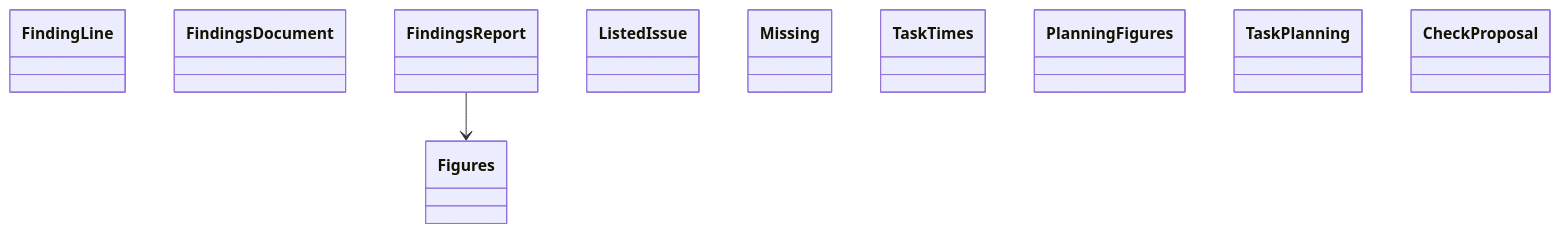
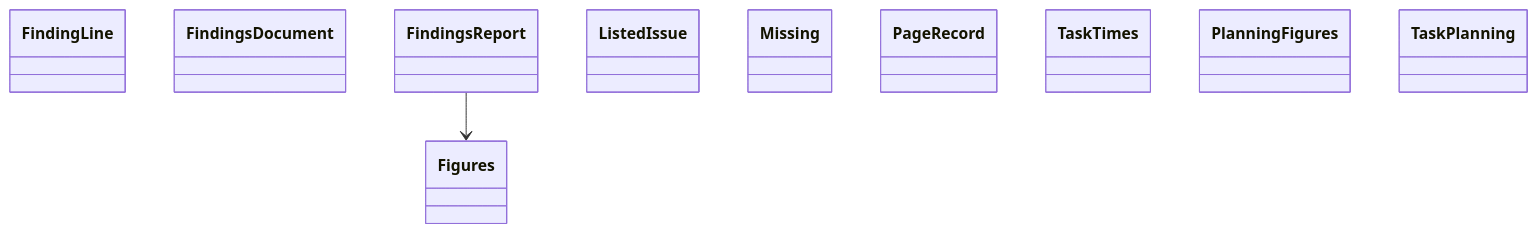
One commit to GonzaloZevallos/agentic-system changed the diagram in docs/architecture/generated/classes-measurement-domain-reports-1.md. Above: the diagram before and after it, drawn with Mermaid. The commit also changed 2 other files, not shown here.

Commit message:
Regenerate the architecture docs for the listing cache port

````diff
--- a/docs/architecture/generated/classes-measurement-domain-reports-1.md
+++ b/docs/architecture/generated/classes-measurement-domain-reports-1.md
@@ -10,14 +10,14 @@
 ```mermaid
 classDiagram
     class findings_report__Figures["Figures"]
     class findings_report__FindingLine["FindingLine"]
     class findings_report__FindingsDocument["FindingsDocument"]
     class findings_report__FindingsReport["FindingsReport"]
     class issue_listing__ListedIssue["ListedIssue"]
     class issue_listing__Missing["Missing"]
+    class issue_listing__PageRecord["PageRecord"]
     class issue_listing__TaskTimes["TaskTimes"]
     class planning__PlanningFigures["PlanningFigures"]
     class planning__TaskPlanning["TaskPlanning"]
-    class playbook_window__CheckProposal["CheckProposal"]
     findings_report__FindingsReport --> findings_report__Figures
 ```
````
